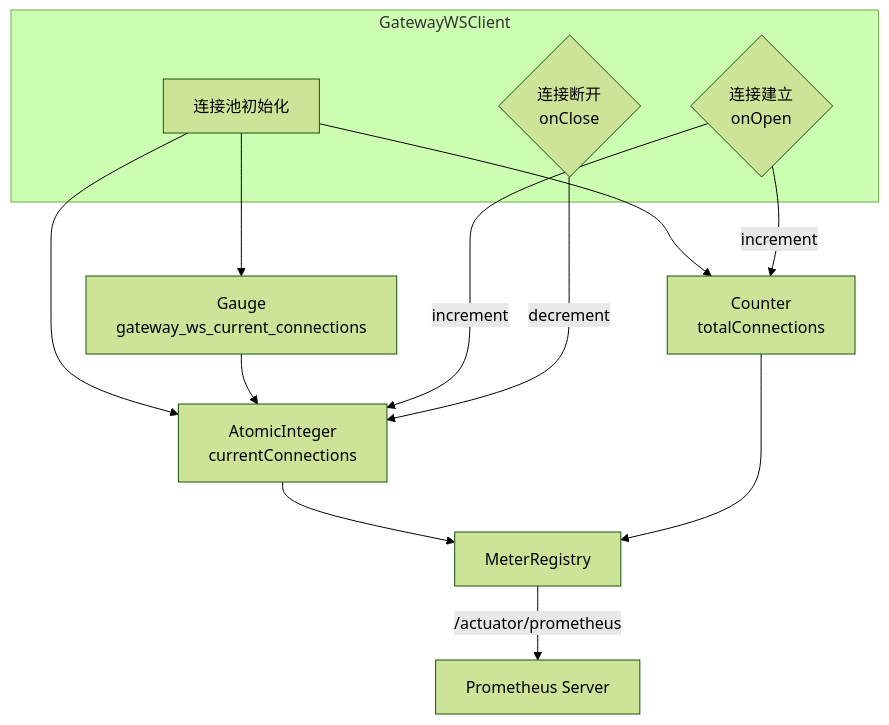
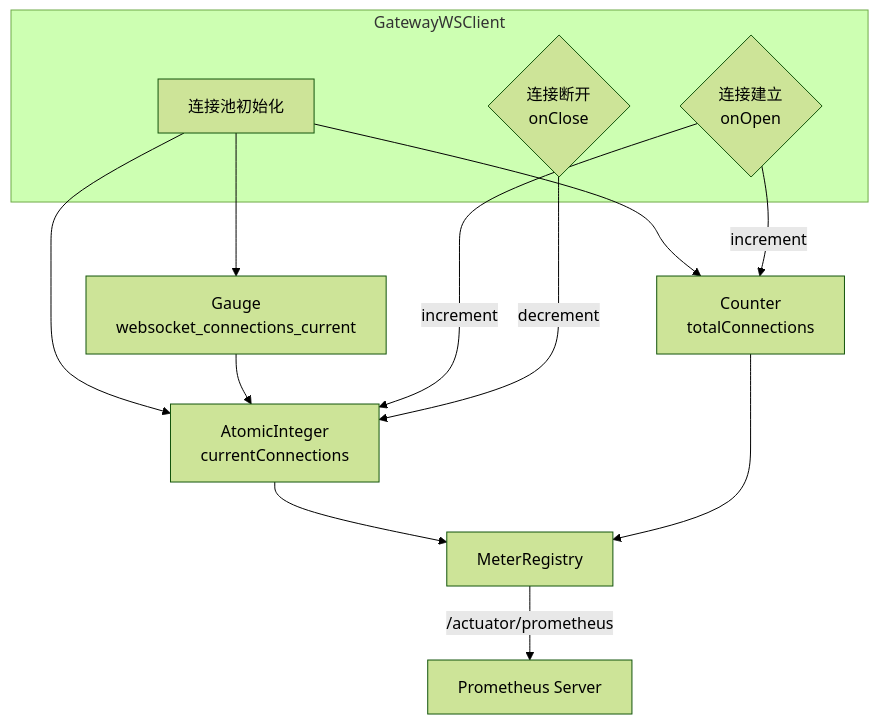
One commit to fanqie03/opencode-CUI changed the fourth of 5 diagrams in docs/superpowers/specs/2026-06-18-ops-metrics-design.md. Above: the diagram before and after it, drawn with Mermaid (forest theme). The commit also changed other lines of this file, not shown here.

````diff
--- a/docs/superpowers/specs/2026-06-18-ops-metrics-design.md
+++ b/docs/superpowers/specs/2026-06-18-ops-metrics-design.md
@@ -437,26 +439,26 @@
 ```mermaid
 graph TD
     subgraph GatewayWSClient
         A[连接池初始化]
         B{连接建立<br/>onOpen}
         C{连接断开<br/>onClose}
     end
 
     D[AtomicInteger<br/>currentConnections]
     E[Counter<br/>totalConnections]
-    F[Gauge<br/>gateway_ws_current_connections]
+    F[Gauge<br/>websocket_connections_current]
     G[MeterRegistry]
 
     A --> D
     A --> E
     A --> F
     F --> D
 
     B -->|increment| D
     B -->|increment| E
     C -->|decrement| D
 
     D --> G
     E --> G
     G -->|/actuator/prometheus| H[Prometheus Server]
 ```
````
